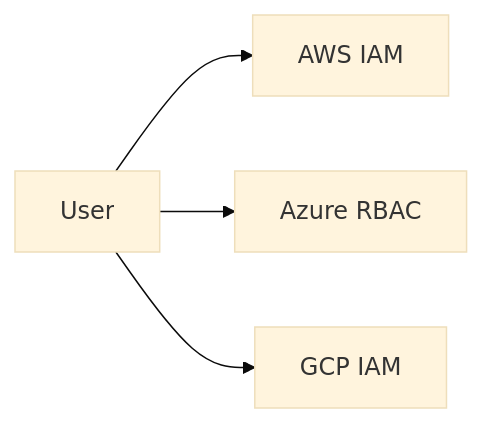
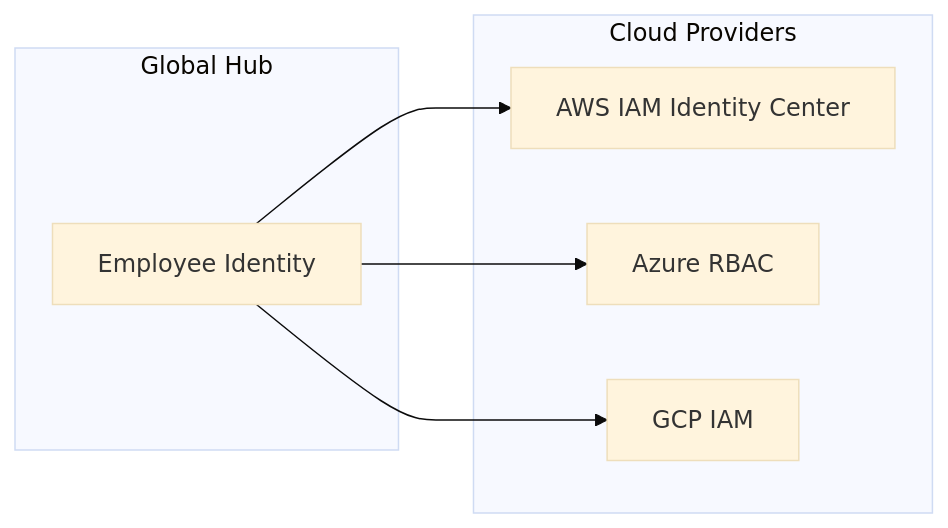
One commit to Devopstrio/identity-landingzone changed the fifth of 30 diagrams in README.md. Above: the diagram before and after it, drawn with Mermaid (base theme). The commit also changed other lines of this file, not shown here.

Commit message:
docs: finalize premium institutional-grade README with 30+ diagrams and executive summary

````diff
--- a/README.md
+++ b/README.md
@@ -61,6 +141,14 @@
 ```mermaid
 graph LR
-    User --> AWS[AWS IAM]
-    User --> AZ[Azure RBAC]
-    User --> GCP[GCP IAM]
+    subgraph "Global Hub"
+        User[Employee Identity]
+    end
+    subgraph "Cloud Providers"
+        AWS[AWS IAM Identity Center]
+        AZ[Azure RBAC]
+        GCP[GCP IAM]
+    end
+    User --> AWS
+    User --> AZ
+    User --> GCP
 ```
````
